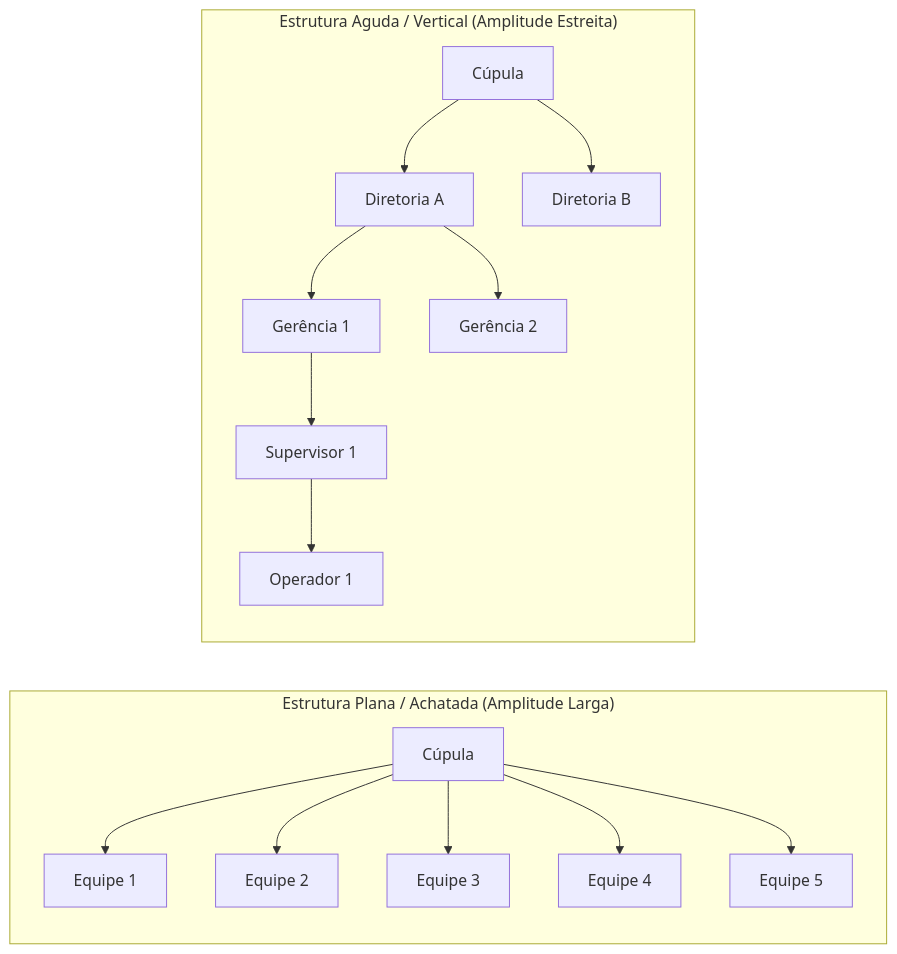
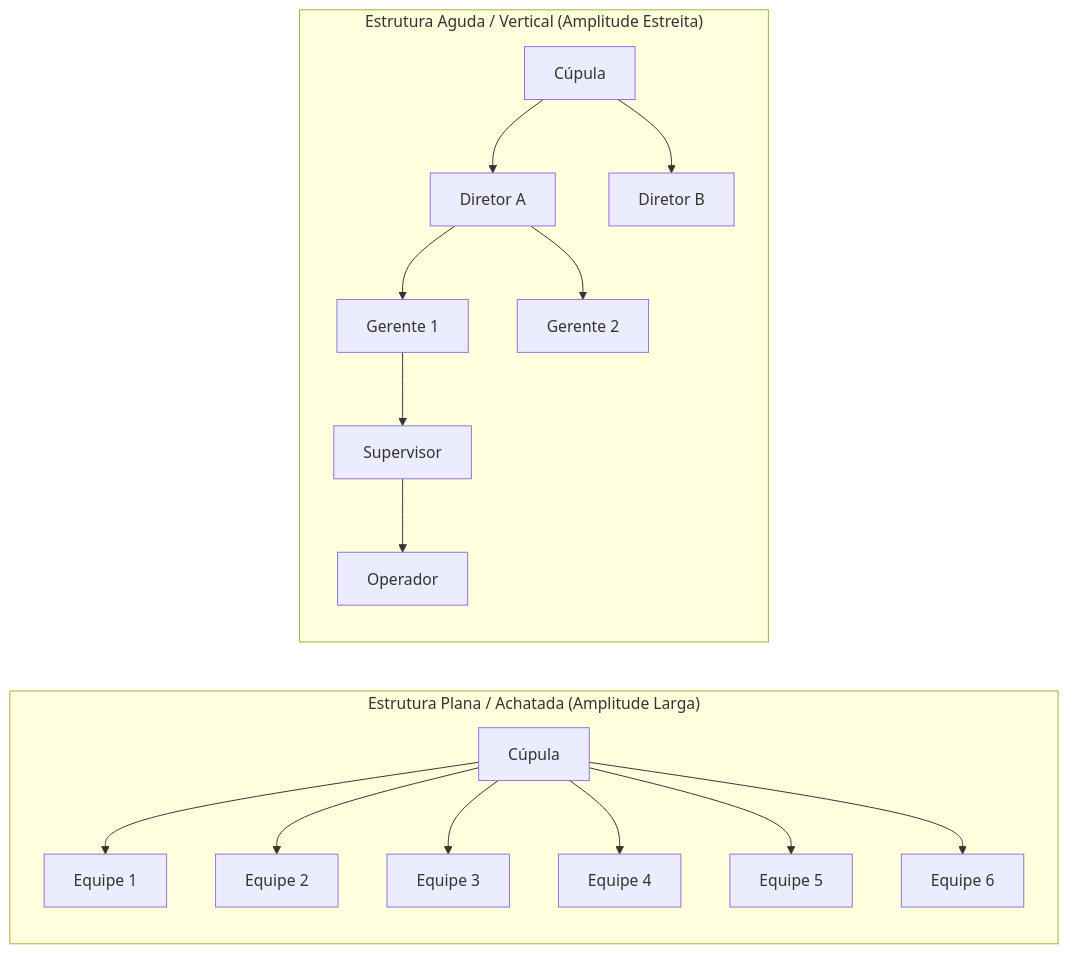
One commit to thiagosantos346/TCE-GO-2027 changed the first of 5 diagrams in fontes_de_estudo/conhecimentos_especificos_a01_tecnico_administrativo/21_nocoes_de_administracao_publica/01_organizacoes_formais_estruturas_e_processo_organizacional.md. Above: the diagram before and after it, drawn with Mermaid. The commit also changed other lines of this file and 119 other files, not shown here.

````diff
--- a/fontes_de_estudo/conhecimentos_especificos_a01_tecnico_administrativo/21_nocoes_de_administracao_publica/01_organizacoes_formais_estruturas_e_processo_organizacional.md
+++ b/fontes_de_estudo/conhecimentos_especificos_a01_tecnico_administrativo/21_nocoes_de_administracao_publica/01_organizacoes_formais_estruturas_e_processo_organizacional.md
@@ -74,22 +68,23 @@
 ```mermaid
 flowchart TD
-    subgraph EstruturaAguda ["Estrutura Aguda / Vertical (Amplitude Estreita)"]
+    subgraph Aguda["Estrutura Aguda / Vertical (Amplitude Estreita)"]
         direction TB
-        A1["Cúpula"] --> B1["Diretoria A"]
-        A1 --> B2["Diretoria B"]
-        B1 --> C1["Gerência 1"]
-        B1 --> C2["Gerência 2"]
-        C1 --> D1["Supervisor 1"]
-        D1 --> E1["Operador 1"]
+        A1["Cúpula"] --> B1["Diretor A"]
+        A1 --> B2["Diretor B"]
+        B1 --> C1["Gerente 1"]
+        B1 --> C2["Gerente 2"]
+        C1 --> D1["Supervisor"]
+        D1 --> E1["Operador"]
     end
 
-    subgraph EstruturaPlana ["Estrutura Plana / Achatada (Amplitude Larga)"]
+    subgraph Plana["Estrutura Plana / Achatada (Amplitude Larga)"]
         direction TB
         P1["Cúpula"] --> Q1["Equipe 1"]
         P1 --> Q2["Equipe 2"]
         P1 --> Q3["Equipe 3"]
         P1 --> Q4["Equipe 4"]
         P1 --> Q5["Equipe 5"]
+        P1 --> Q6["Equipe 6"]
     end
-    EstruturaAguda ~~~ EstruturaPlana
+    Aguda ~~~ Plana
 ```
````
